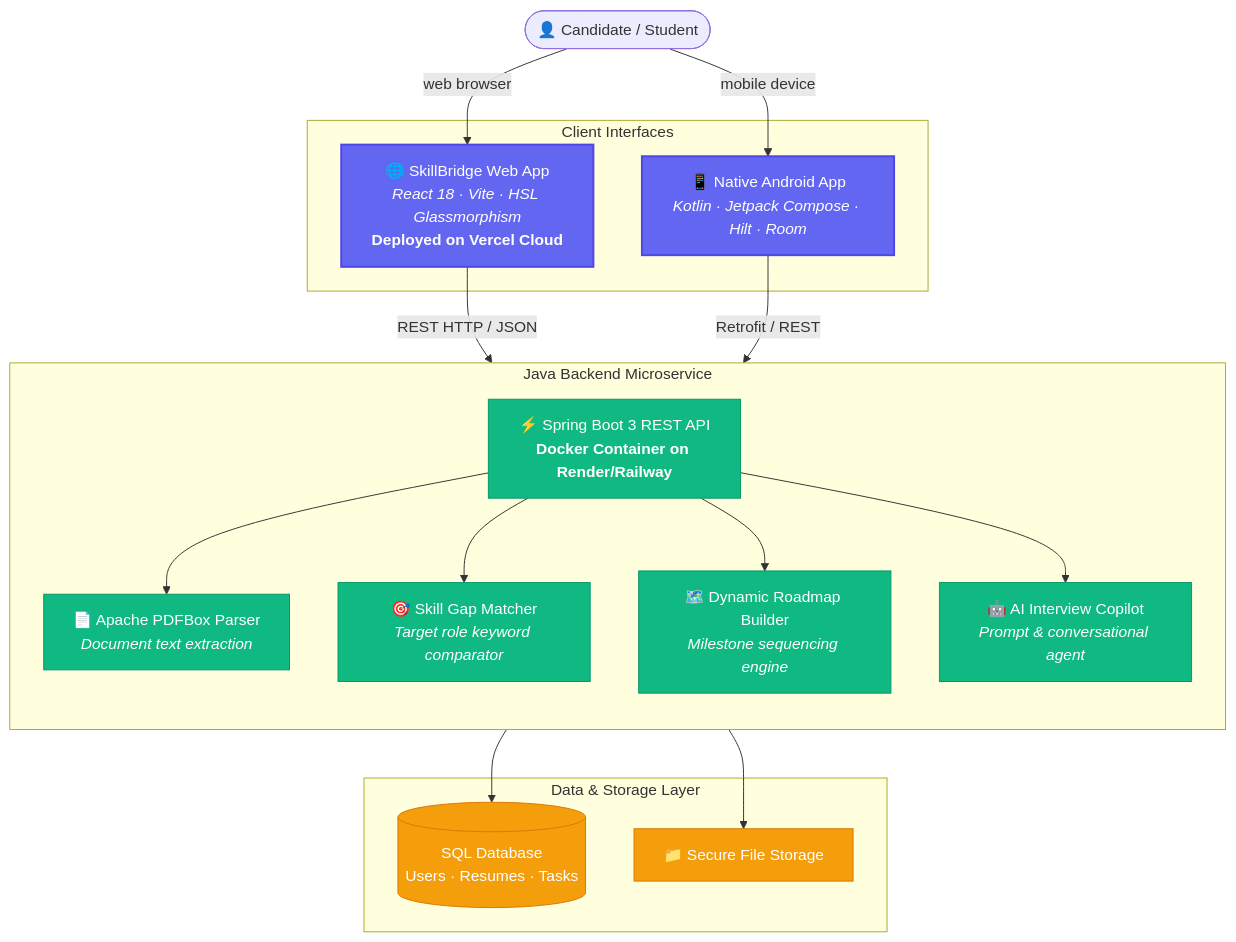
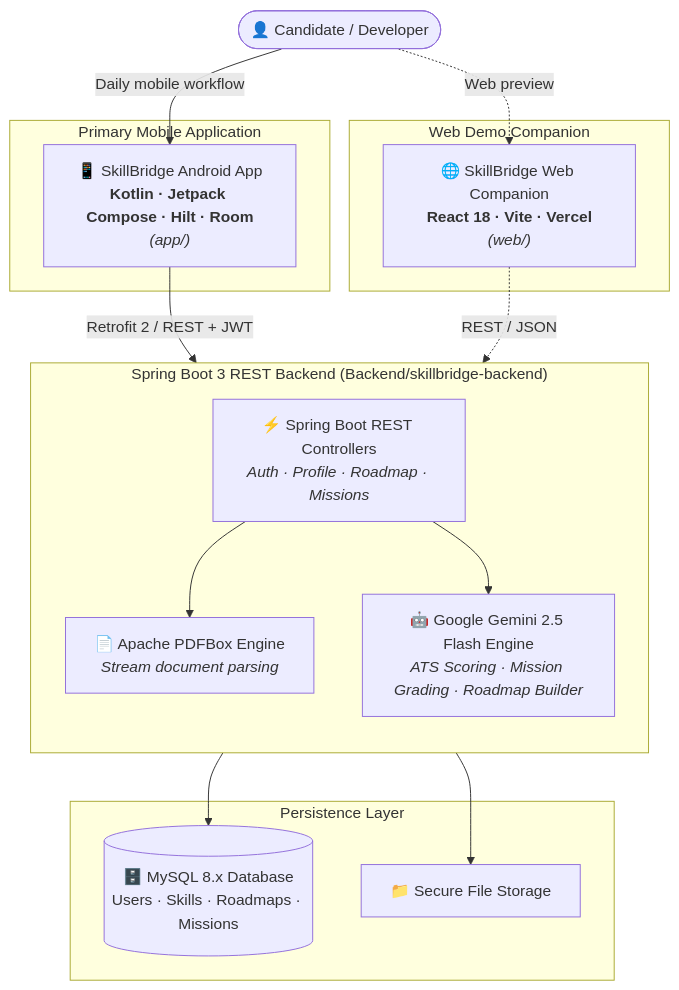
One commit to Akillesh2006/SkillBridge changed the first of 2 diagrams in README.md. Above: the diagram before and after it, drawn with Mermaid. The commit also changed other lines of this file and 12 other files, not shown here.

Commit message:
chore(recovery): separate web companion, clean backend artifacts, and restore Android-first documentation

````diff
--- a/README.md
+++ b/README.md
@@ -68,44 +93,36 @@
 ```mermaid
 flowchart TD
-    User([👤 Candidate / Student])
+    User([👤 Candidate / Developer])
     
-    subgraph Clients ["Client Interfaces"]
-        WebApp[🌐 SkillBridge Web App<br/><i>React 18 · Vite · HSL Glassmorphism</i><br/><b>Deployed on Vercel Cloud</b>]
-        AndroidApp[📱 Native Android App<br/><i>Kotlin · Jetpack Compose · Hilt · Room</i>]
+    subgraph PrimaryClient ["Primary Mobile Application"]
+        AndroidApp["📱 SkillBridge Android App<br/><b>Kotlin · Jetpack Compose · Hilt · Room</b><br/><i>(app/)</i>"]
     end
 
-    User -->|web browser| WebApp
-    User -->|mobile device| AndroidApp
-
-    subgraph BackendAPI ["Java Backend Microservice"]
-        direction TB
-        BootAPI[⚡ Spring Boot 3 REST API<br/><b>Docker Container on Render/Railway</b>]
-        PDFEngine[📄 Apache PDFBox Parser<br/><i>Document text extraction</i>]
-        SkillGapEngine[🎯 Skill Gap Matcher<br/><i>Target role keyword comparator</i>]
-        RoadmapEngine[🗺️ Dynamic Roadmap Builder<br/><i>Milestone sequencing engine</i>]
-        AICopilot[🤖 AI Interview Copilot<br/><i>Prompt & conversational agent</i>]
+    subgraph WebCompanion ["Web Demo Companion"]
+        WebApp["🌐 SkillBridge Web Companion<br/><b>React 18 · Vite · Vercel</b><br/><i>(web/)</i>"]
     end
 
-    WebApp -->|REST HTTP / JSON| BootAPI
-    AndroidApp -->|Retrofit / REST| BootAPI
+    User -->|Daily mobile workflow| AndroidApp
+    User -.->|Web preview| WebApp
+
+    subgraph BackendAPI ["Spring Boot 3 REST Backend (Backend/skillbridge-backend)"]
+        direction TB
+        BootAPI["⚡ Spring Boot REST Controllers<br/><i>Auth · Profile · Roadmap · Missions</i>"]
+        PDFEngine["📄 Apache PDFBox Engine<br/><i>Stream document parsing</i>"]
+        GeminiService["🤖 Google Gemini 2.5 Flash Engine<br/><i>ATS Scoring · Mission Grading · Roadmap Builder</i>"]
+    end
+
+    AndroidApp -->|Retrofit 2 / REST + JWT| BootAPI
+    WebApp -.->|REST / JSON| BootAPI
 
     BootAPI --> PDFEngine
-    BootAPI --> SkillGapEngine
-    BootAPI --> RoadmapEngine
-    BootAPI --> AICopilot
+    BootAPI --> GeminiService
 
-    subgraph DataStore ["Data & Storage Layer"]
-        Database[(SQL Database<br/>Users · Resumes · Tasks)]
-        Uploads[📁 Secure File Storage]
+    subgraph Storage ["Persistence Layer"]
+        MySQL[("🗄️ MySQL 8.x Database<br/>Users · Skills · Roadmaps · Missions")]
+        Uploads["📁 Secure File Storage"]
     end
 
-    BootAPI --> Database
+    BootAPI --> MySQL
     BootAPI --> Uploads
-
-    classDef client fill:#6366f1,stroke:#4f46e5,color:#fff,stroke-width:2px
-    classDef backend fill:#10b981,stroke:#059669,color:#fff
-    classDef data fill:#f59e0b,stroke:#d97706,color:#fff
-    class WebApp,AndroidApp client
-    class BootAPI,PDFEngine,SkillGapEngine,RoadmapEngine,AICopilot backend
-    class Database,Uploads data
 ```
````
